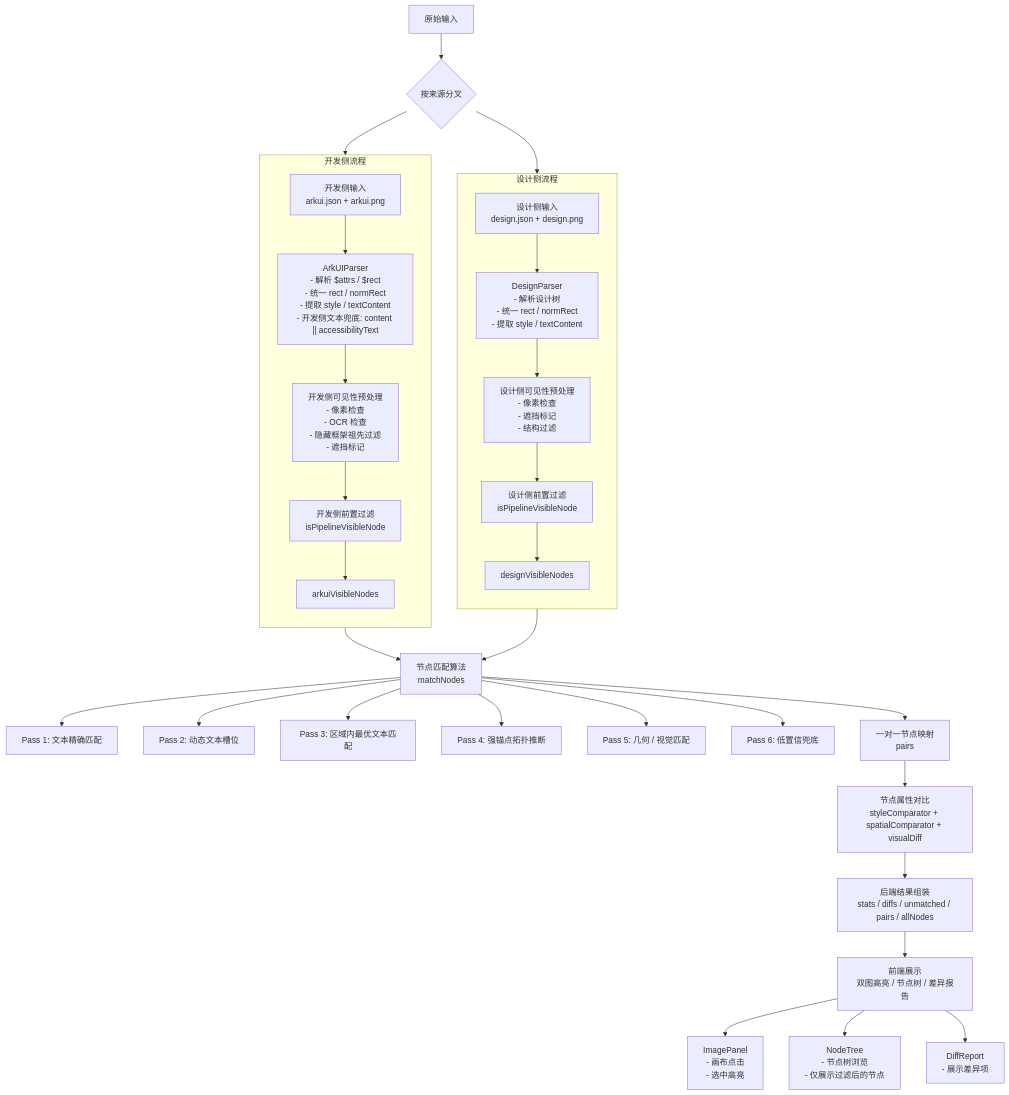
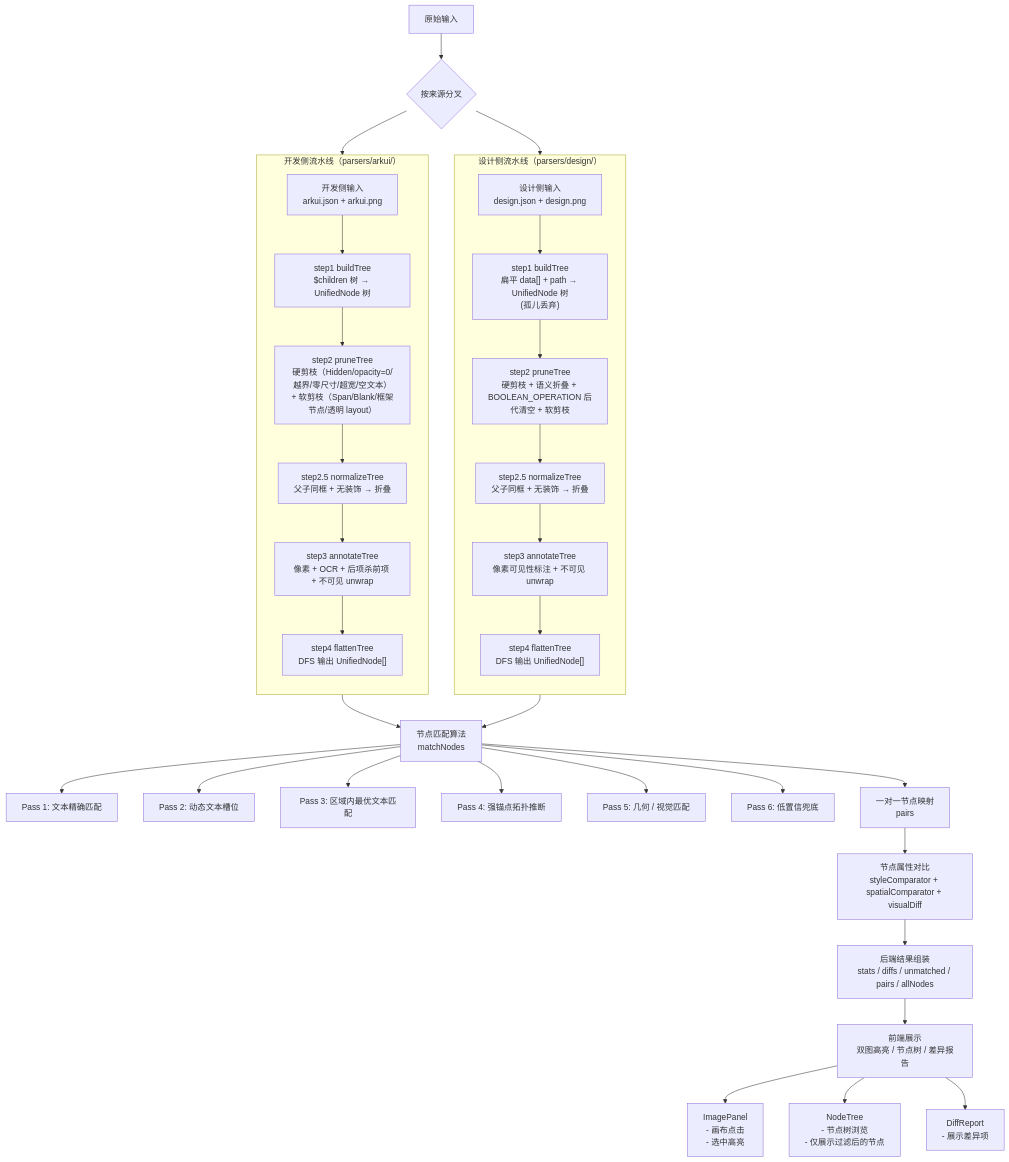
Before and after one commit to Juncl/style_checker: the diagram in docs/数据流结构图.md, drawn with Mermaid. The commit also changed other lines of this file and 23 other files, not shown here.

````diff
--- a/docs/数据流结构图.md
+++ b/docs/数据流结构图.md
@@ -9,42 +9,44 @@
 ```mermaid
 flowchart TD
   A["原始输入"] --> B{"按来源分叉"}
 
   B --> D1["设计侧输入<br/>design.json + design.png"]
   B --> D2["开发侧输入<br/>arkui.json + arkui.png"]
 
-  subgraph S1["设计侧流程"]
+  subgraph S1["设计侧流水线（parsers/design/）"]
     direction TB
-    D1 --> E1["DesignParser<br/>- 解析设计树<br/>- 统一 rect / normRect<br/>- 提取 style / textContent"]
-    E1 --> F1["设计侧可见性预处理<br/>- 像素检查<br/>- 遮挡标记<br/>- 结构过滤"]
-    F1 --> G1["设计侧前置过滤<br/>isPipelineVisibleNode"]
-    G1 --> H1["designVisibleNodes"]
+    D1 --> S1_1["step1 buildTree<br/>扁平 data[] + path → UnifiedNode 树<br/>(孤儿丢弃)"]
+    S1_1 --> S1_2["step2 pruneTree<br/>硬剪枝 + 语义折叠 + BOOLEAN_OPERATION 后代清空 + 软剪枝"]
+    S1_2 --> S1_25["step2.5 normalizeTree<br/>父子同框 + 无装饰 → 折叠"]
+    S1_25 --> S1_3["step3 annotateTree<br/>像素可见性标注 + 不可见 unwrap"]
+    S1_3 --> S1_4["step4 flattenTree<br/>DFS 输出 UnifiedNode[]"]
   end
 
-  subgraph S2["开发侧流程"]
+  subgraph S2["开发侧流水线（parsers/arkui/）"]
     direction TB
-    D2 --> E2["ArkUIParser<br/>- 解析 $attrs / $rect<br/>- 统一 rect / normRect<br/>- 提取 style / textContent<br/>- 开发侧文本兜底: content || accessibilityText"]
-    E2 --> F2["开发侧可见性预处理<br/>- 像素检查<br/>- OCR 检查<br/>- 隐藏框架祖先过滤<br/>- 遮挡标记"]
-    F2 --> G2["开发侧前置过滤<br/>isPipelineVisibleNode"]
-    G2 --> H2["arkuiVisibleNodes"]
+    D2 --> S2_1["step1 buildTree<br/>$children 树 → UnifiedNode 树"]
+    S2_1 --> S2_2["step2 pruneTree<br/>硬剪枝（Hidden/opacity=0/越界/零尺寸/超宽/空文本）<br/>+ 软剪枝（Span/Blank/框架节点/透明 layout）"]
+    S2_2 --> S2_25["step2.5 normalizeTree<br/>父子同框 + 无装饰 → 折叠"]
+    S2_25 --> S2_3["step3 annotateTree<br/>像素 + OCR + 后项杀前项 + 不可见 unwrap"]
+    S2_3 --> S2_4["step4 flattenTree<br/>DFS 输出 UnifiedNode[]"]
   end
 
-  H1 --> M["节点匹配算法<br/>matchNodes"]
-  H2 --> M
+  S1_4 --> M["节点匹配算法<br/>matchNodes"]
+  S2_4 --> M
 
   M --> M1["Pass 1: 文本精确匹配"]
   M --> M2["Pass 2: 动态文本槽位"]
   M --> M3["Pass 3: 区域内最优文本匹配"]
   M --> M4["Pass 4: 强锚点拓扑推断"]
   M --> M5["Pass 5: 几何 / 视觉匹配"]
   M --> M6["Pass 6: 低置信兜底"]
 
   M --> N["一对一节点映射<br/>pairs"]
   N --> O["节点属性对比<br/>styleComparator + spatialComparator + visualDiff"]
   O --> P["后端结果组装<br/>stats / diffs / unmatched / pairs / allNodes"]
   P --> Q["前端展示<br/>双图高亮 / 节点树 / 差异报告"]
 
   Q --> Q1["ImagePanel<br/>- 画布点击<br/>- 选中高亮"]
   Q --> Q2["NodeTree<br/>- 节点树浏览<br/>- 仅展示过滤后的节点"]
   Q --> Q3["DiffReport<br/>- 展示差异项"]
 ```
````
